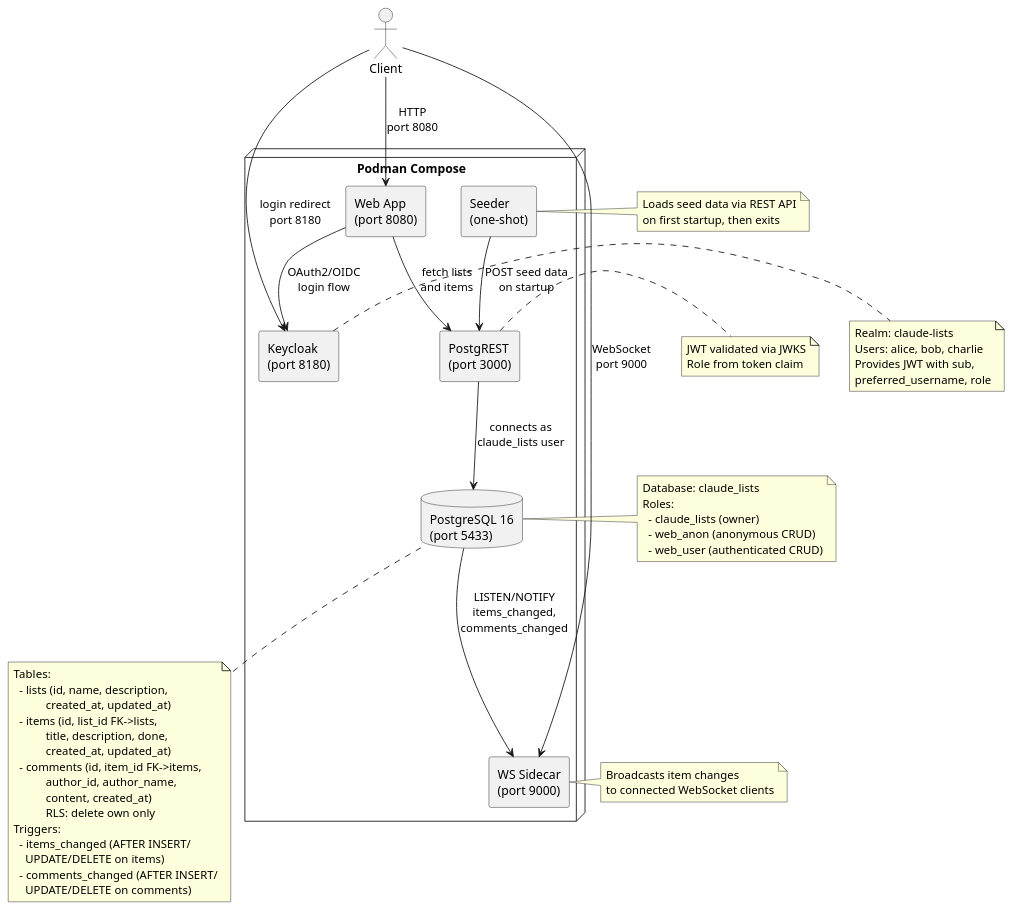
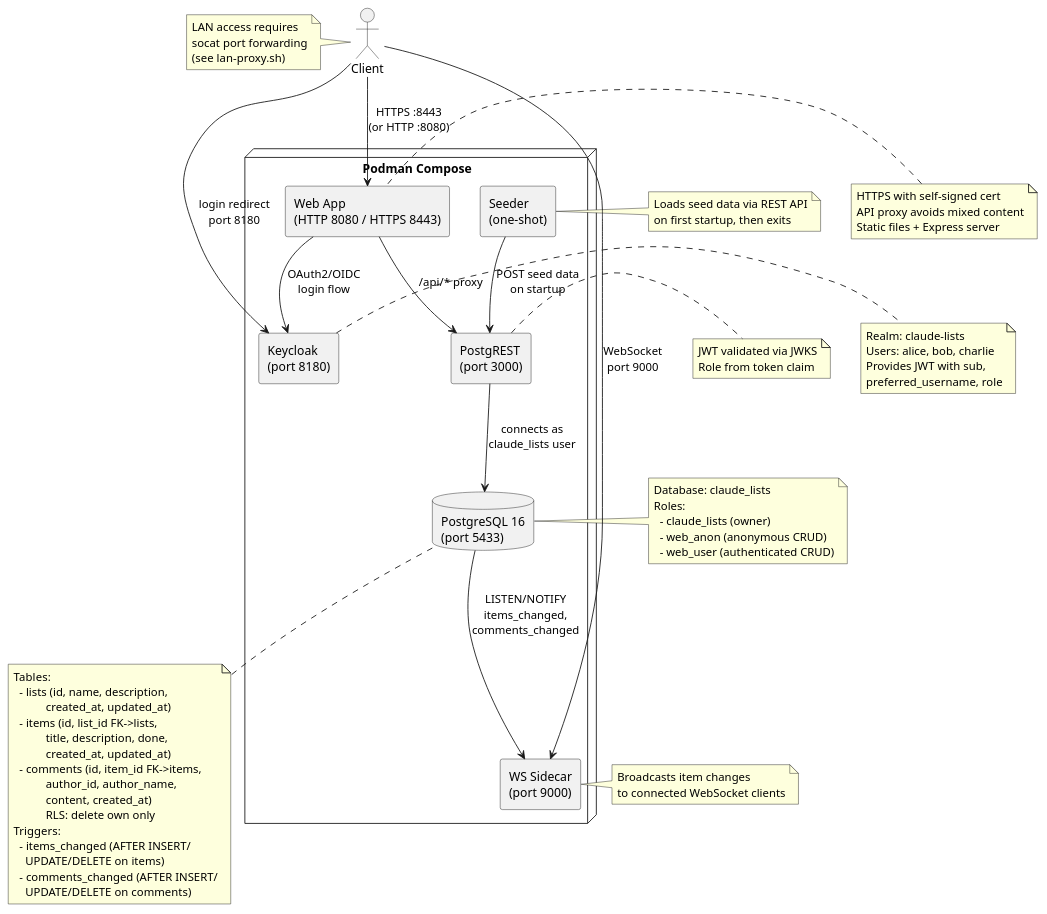
The diagram in docs/architecture.puml (conroydamien/claude_lists_api), drawn with PlantUML before and after one commit. The commit also changed 9 other files, not shown here.

First line of the commit message:
Add HTTPS support and API/WebSocket proxies for LAN access

```diff
--- a/docs/architecture.puml
+++ b/docs/architecture.puml
@@ -1,74 +1,86 @@
 @startuml Claude Lists API Architecture
 
 skinparam componentStyle rectangle
 
 actor "Client" as client
 
 node "Podman Compose" {
-    component "Web App\n(port 8080)" as web
+    component "Web App\n(HTTP 8080 / HTTPS 8443)" as web
     component "PostgREST\n(port 3000)" as postgrest
     component "WS Sidecar\n(port 9000)" as wssidecar
     component "Keycloak\n(port 8180)" as keycloak
     component "Seeder\n(one-shot)" as seeder
     database "PostgreSQL 16\n(port 5433)" as db
 
-    web --> postgrest : "fetch lists\nand items"
+    web --> postgrest : "/api/* proxy"
     web --> keycloak : "OAuth2/OIDC\nlogin flow"
     seeder --> postgrest : "POST seed data\non startup"
     postgrest --> db : "connects as\nclaude_lists user"
     db --> wssidecar : "LISTEN/NOTIFY\nitems_changed,\ncomments_changed"
 }
 
-client --> web : "HTTP\nport 8080"
+client --> web : "HTTPS :8443\n(or HTTP :8080)"
 client --> wssidecar : "WebSocket\nport 9000"
 client --> keycloak : "login redirect\nport 8180"
+
+note left of client
+  LAN access requires
+  socat port forwarding
+  (see lan-proxy.sh)
+end note
 
 note right of db
   Database: claude_lists
   Roles:
     - claude_lists (owner)
     - web_anon (anonymous CRUD)
     - web_user (authenticated CRUD)
 end note
 
 note bottom of db
   Tables:
     - lists (id, name, description,
              created_at, updated_at)
     - items (id, list_id FK->lists,
              title, description, done,
              created_at, updated_at)
     - comments (id, item_id FK->items,
              author_id, author_name,
              content, created_at)
              RLS: delete own only
   Triggers:
     - items_changed (AFTER INSERT/
       UPDATE/DELETE on items)
     - comments_changed (AFTER INSERT/
       UPDATE/DELETE on comments)
 end note
 
 note right of postgrest
   JWT validated via JWKS
   Role from token claim
 end note
 
 note right of keycloak
   Realm: claude-lists
   Users: alice, bob, charlie
   Provides JWT with sub,
   preferred_username, role
 end note
 
 note right of wssidecar
   Broadcasts item changes
   to connected WebSocket clients
 end note
 
 note right of seeder
   Loads seed data via REST API
   on first startup, then exits
 end note
 
+note left of web
+  HTTPS with self-signed cert
+  API proxy avoids mixed content
+  Static files + Express server
+end note
+
 @enduml
```
